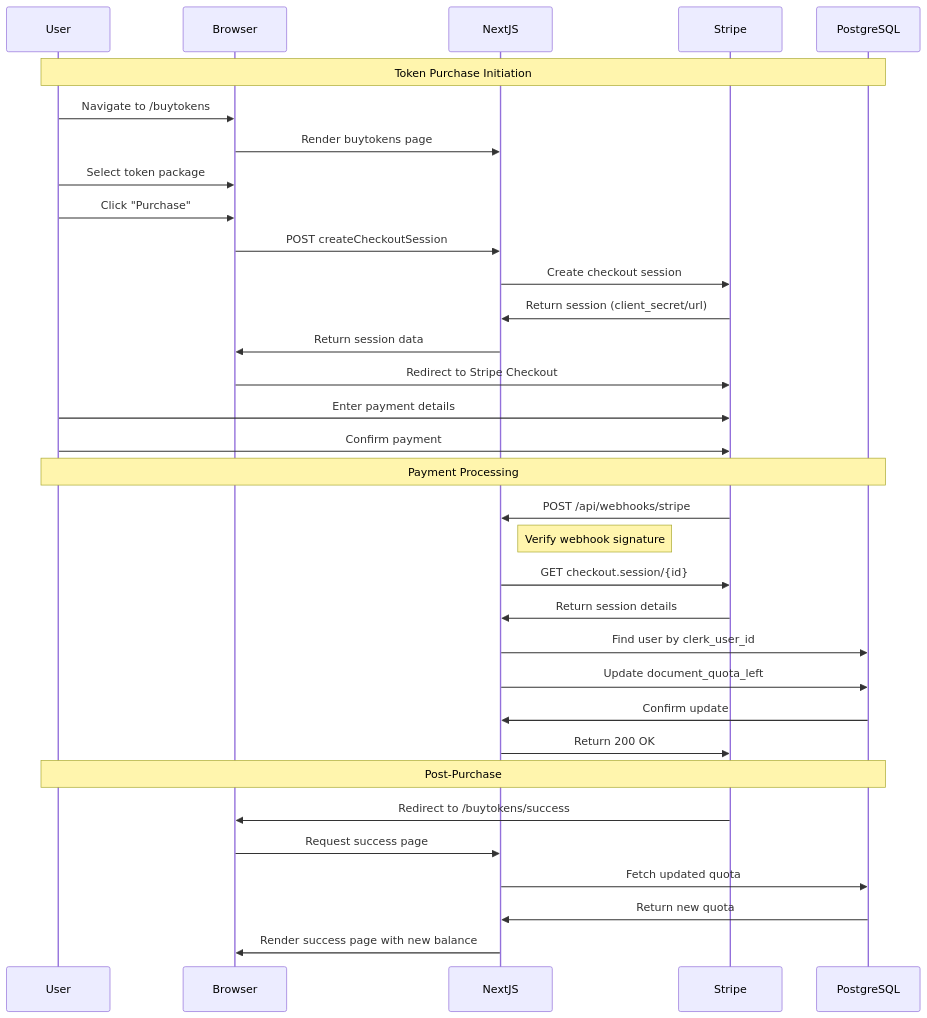
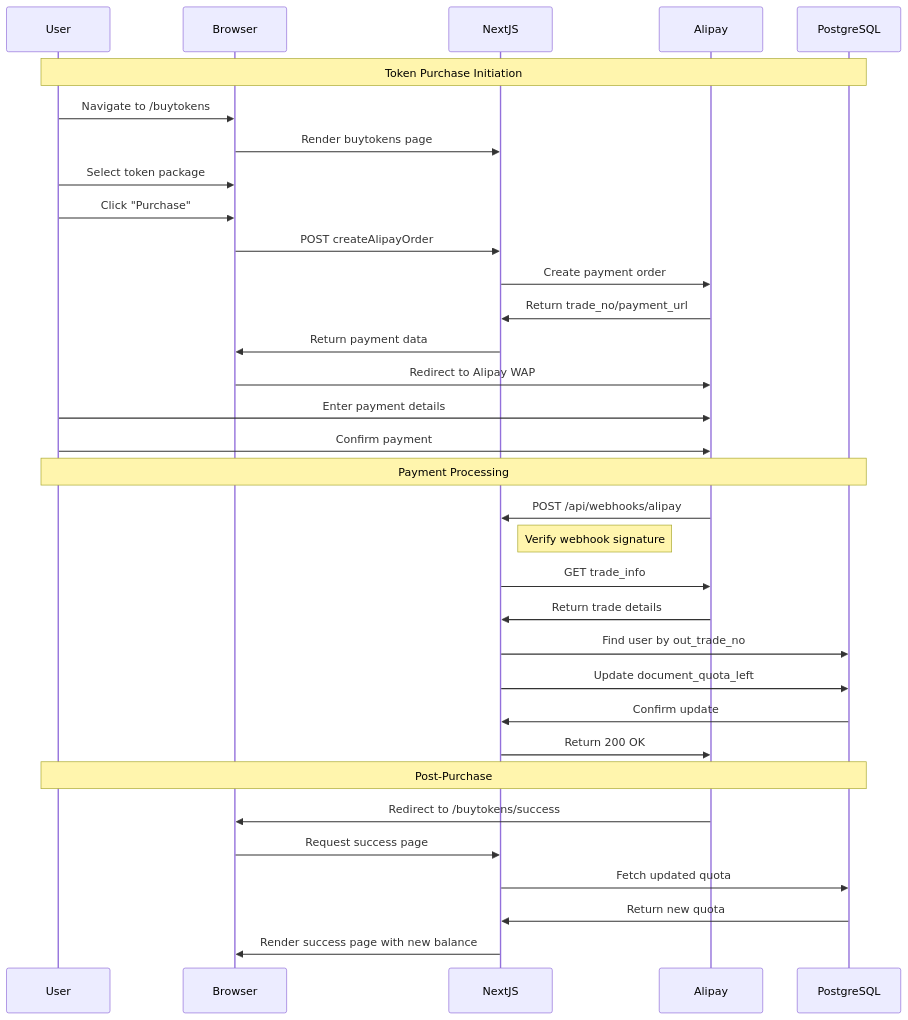
Before and after one commit to duzhongli-d/contractagent: the second of 5 diagrams in docs/architecture/DATA_FLOW.md, drawn with Mermaid. The commit also changed other lines of this file and 38 other files, not shown here.

````diff
--- a/docs/architecture/DATA_FLOW.md
+++ b/docs/architecture/DATA_FLOW.md
@@ -105,41 +105,41 @@
 ```mermaid
 sequenceDiagram
     participant User
     participant Browser
     participant NextJS
-    participant Stripe
+    participant Alipay
     participant PostgreSQL
 
     Note over User,PostgreSQL: Token Purchase Initiation
 
     User->>Browser: Navigate to /buytokens
     Browser->>NextJS: Render buytokens page
     User->>Browser: Select token package
     User->>Browser: Click "Purchase"
-    Browser->>NextJS: POST createCheckoutSession
-    NextJS->>Stripe: Create checkout session
-    Stripe->>NextJS: Return session (client_secret/url)
-    NextJS->>Browser: Return session data
-    Browser->>Stripe: Redirect to Stripe Checkout
-    User->>Stripe: Enter payment details
-    User->>Stripe: Confirm payment
+    Browser->>NextJS: POST createAlipayOrder
+    NextJS->>Alipay: Create payment order
+    Alipay->>NextJS: Return trade_no/payment_url
+    NextJS->>Browser: Return payment data
+    Browser->>Alipay: Redirect to Alipay WAP
+    User->>Alipay: Enter payment details
+    User->>Alipay: Confirm payment
 
     Note over User,PostgreSQL: Payment Processing
 
-    Stripe->>NextJS: POST /api/webhooks/stripe
+    Alipay->>NextJS: POST /api/webhooks/alipay
     Note right of NextJS: Verify webhook signature
-    NextJS->>Stripe: GET checkout.session/{id}
-    Stripe->>NextJS: Return session details
-    NextJS->>PostgreSQL: Find user by clerk_user_id
+    NextJS->>Alipay: GET trade_info
+    Alipay->>NextJS: Return trade details
+    NextJS->>PostgreSQL: Find user by out_trade_no
     NextJS->>PostgreSQL: Update document_quota_left
     PostgreSQL->>NextJS: Confirm update
-    NextJS->>Stripe: Return 200 OK
+    NextJS->>Alipay: Return 200 OK
 
     Note over User,PostgreSQL: Post-Purchase
 
-    Stripe->>Browser: Redirect to /buytokens/success
+    Alipay->>Browser: Redirect to /buytokens/success
     Browser->>NextJS: Request success page
     NextJS->>PostgreSQL: Fetch updated quota
     PostgreSQL->>NextJS: Return new quota
     NextJS->>Browser: Render success page with new balance
 ```
````
